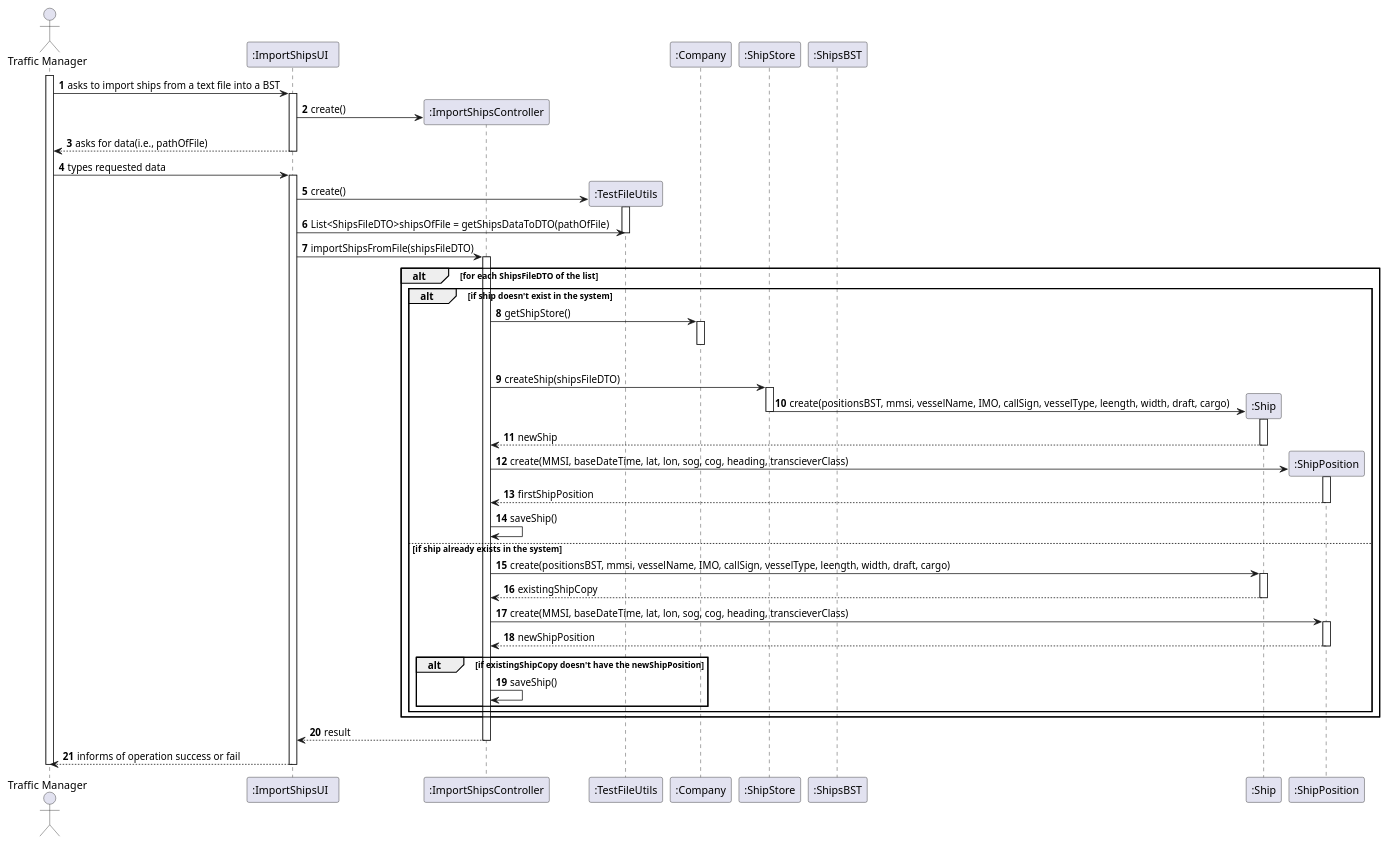
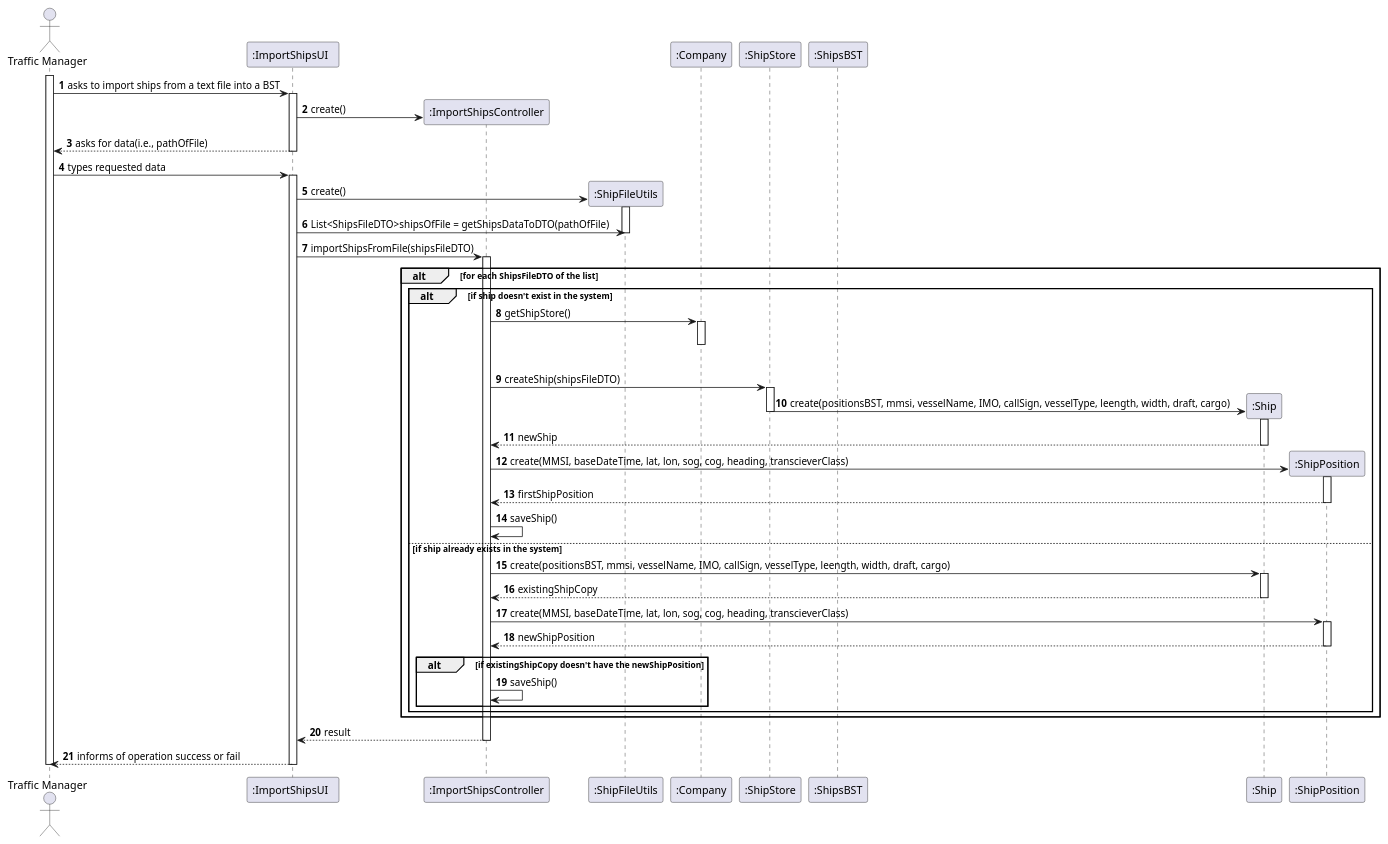
Before and after one commit to ana-albergaria/LAPR3-ISEP: the diagram in docs/US101/US_101_SD.puml, drawn with PlantUML. The commit also changed 3 other files, not shown here.

```diff
--- a/docs/US101/US_101_SD.puml
+++ b/docs/US101/US_101_SD.puml
@@ -1,66 +1,66 @@
 @startuml
 autonumber
 'hide footbox
 actor "Traffic Manager" as TM
 participant ":ImportShipsUI  " as UI
 participant ":ImportShipsController" as CTRL
-participant ":TestFileUtils" as TFU
+participant ":ShipFileUtils" as TFU
 participant ":Company" as CMP
 participant ":ShipStore" as STORE
 participant ":ShipsBST" as SBST
 participant ":Ship" as SHIP
 participant ":ShipPosition" as POS
 
 activate TM
 TM -> UI : asks to import ships from a text file into a BST
 activate UI
 UI -> CTRL** : create()
 UI --> TM : asks for data(i.e., pathOfFile)
 deactivate UI
 TM -> UI : types requested data
 activate UI
 UI -> TFU** : create()
 activate TFU
 UI -> TFU : List<ShipsFileDTO>shipsOfFile = getShipsDataToDTO(pathOfFile)
 deactivate TFU
 UI -> CTRL : importShipsFromFile(shipsFileDTO)
 activate CTRL
 alt for each ShipsFileDTO of the list
 alt if ship doesn't exist in the system
 CTRL -> CMP : getShipStore()
 activate CMP
 |||
 deactivate CMP
 CTRL -> STORE : createShip(shipsFileDTO)
 activate STORE
 STORE -> SHIP** : create(positionsBST, mmsi, vesselName, IMO, callSign, vesselType, leength, width, draft, cargo)
 activate SHIP
 deactivate STORE
 SHIP --> CTRL : newShip
 deactivate SHIP
 CTRL -> POS** : create(MMSI, baseDateTime, lat, lon, sog, cog, heading, transcieverClass)
 activate POS
 POS --> CTRL : firstShipPosition
 deactivate POS
 CTRL -> CTRL : saveShip()
 else if ship already exists in the system
 CTRL -> SHIP : create(positionsBST, mmsi, vesselName, IMO, callSign, vesselType, leength, width, draft, cargo)
 activate SHIP
 SHIP --> CTRL : existingShipCopy
 deactivate SHIP
 CTRL -> POS : create(MMSI, baseDateTime, lat, lon, sog, cog, heading, transcieverClass)
 activate POS
 POS --> CTRL : newShipPosition
 deactivate POS
 alt if existingShipCopy doesn't have the newShipPosition
 CTRL -> CTRL : saveShip()
 end
 end
 end
 CTRL --> UI : result
 deactivate CTRL
 UI --> TM : informs of operation success or fail
 deactivate UI
 deactivate TM
 
 @enduml
```
